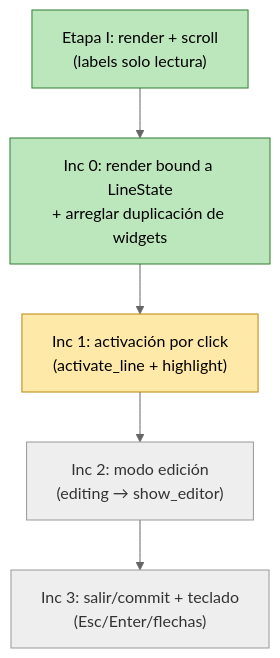
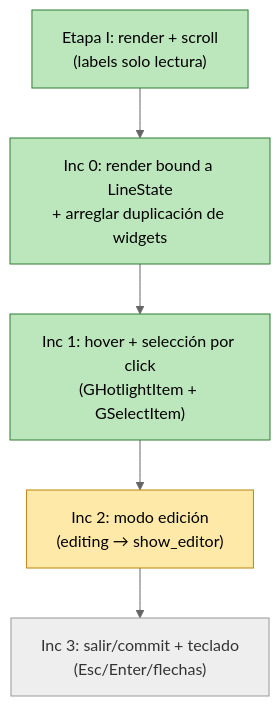
One commit to martin-bellanca/kivy_mpe_widgets changed the fourth of 4 diagrams in kivy_mpbe_widgets/wg_markdown2/docs/arquitectura.md. Above: the diagram before and after it, drawn with Mermaid (neutral theme). The commit also changed other lines of this file and 2 other files, not shown here.

First line of the commit message:
feat(wg_markdown2): Inc 1 - hover + selección por click

````diff
--- a/kivy_mpbe_widgets/wg_markdown2/docs/arquitectura.md
+++ b/kivy_mpbe_widgets/wg_markdown2/docs/arquitectura.md
@@ -211,14 +211,14 @@
 ```mermaid
 flowchart TD
     E1["Etapa I: render + scroll<br/>(labels solo lectura)"]:::done
     I0["Inc 0: render bound a LineState<br/>+ arreglar duplicación de widgets"]:::done
-    I1["Inc 1: activación por click<br/>(activate_line + highlight)"]:::wip
-    I2["Inc 2: modo edición<br/>(editing → show_editor)"]:::todo
+    I1["Inc 1: hover + selección por click<br/>(GHotlightItem + GSelectItem)"]:::done
+    I2["Inc 2: modo edición<br/>(editing → show_editor)"]:::wip
     I3["Inc 3: salir/commit + teclado<br/>(Esc/Enter/flechas)"]:::todo
 
     E1 --> I0 --> I1 --> I2 --> I3
 
     classDef done fill:#bce6bc,stroke:#2e7d32,color:#000;
     classDef wip fill:#ffe9a8,stroke:#b8860b,color:#000;
     classDef todo fill:#eeeeee,stroke:#999,color:#333;
 ```
````
